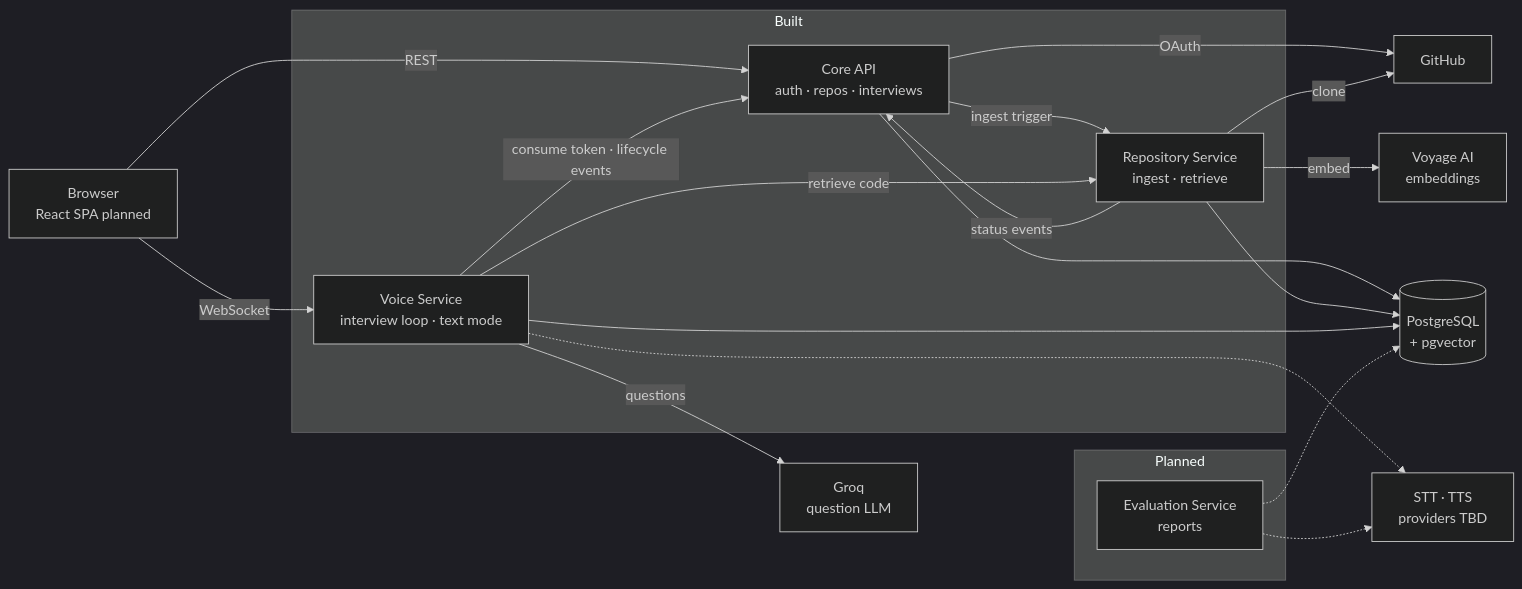
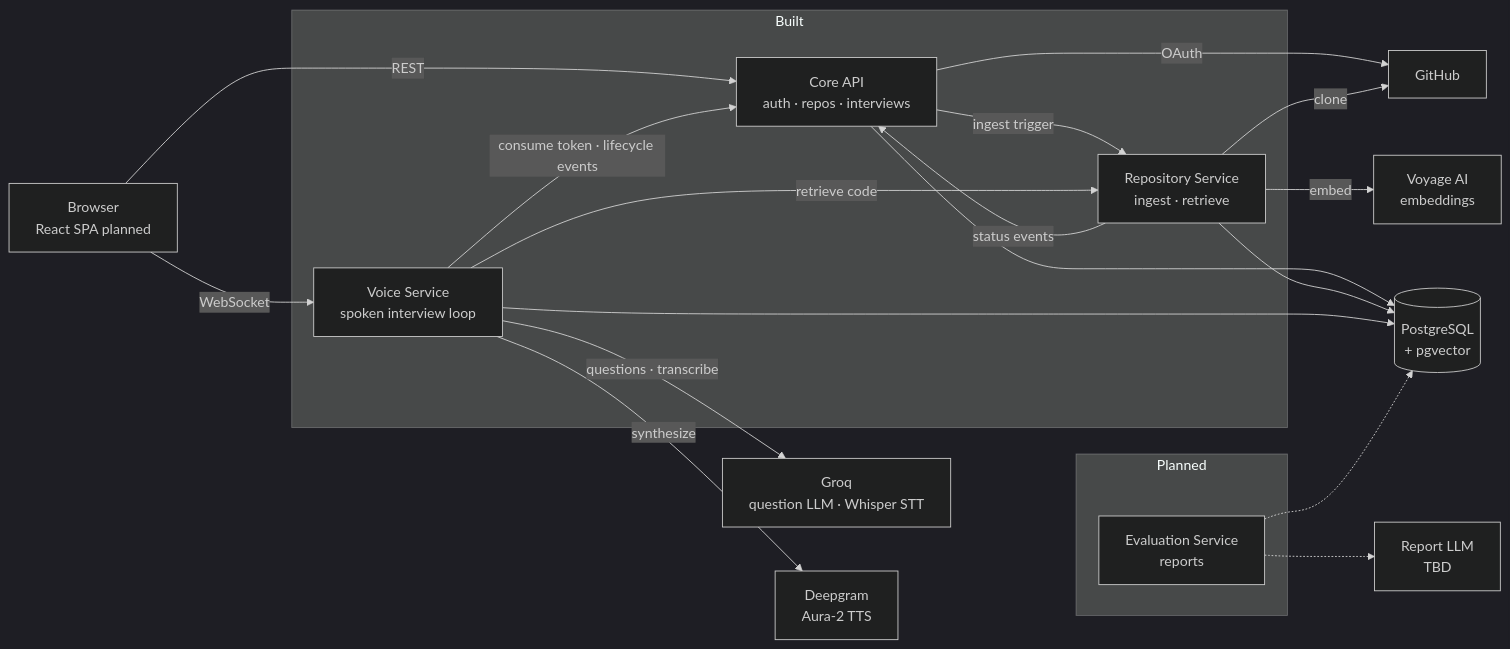
Before and after one commit to missLaiba22/RepoViva: the diagram in README.md, drawn with Mermaid (dark theme). The commit also changed other lines of this file and 3 other files, not shown here.

Commit message:
docs: document voice service audio slice

````diff
--- a/README.md
+++ b/README.md
@@ -13,37 +13,38 @@
 ```mermaid
 flowchart LR
     FE[Browser<br/>React SPA planned]
 
     subgraph Built
         CORE[Core API<br/>auth · repos · interviews]
         REPO[Repository Service<br/>ingest · retrieve]
-        VOICE[Voice Service<br/>interview loop · text mode]
+        VOICE[Voice Service<br/>spoken interview loop]
     end
 
     subgraph Planned
         EVAL[Evaluation Service<br/>reports]
     end
 
     DB[(PostgreSQL<br/>+ pgvector)]
     GH[GitHub]
     VOY[Voyage AI<br/>embeddings]
-    LLM[Groq<br/>question LLM]
-    AI[STT · TTS<br/>providers TBD]
+    LLM[Groq<br/>question LLM · Whisper STT]
+    TTS[Deepgram<br/>Aura-2 TTS]
+    AI[Report LLM<br/>TBD]
 
     FE -- REST --> CORE
     FE -- WebSocket --> VOICE
     CORE -- OAuth --> GH
     CORE -- ingest trigger --> REPO
     REPO -- status events --> CORE
     REPO -- clone --> GH
     REPO -- embed --> VOY
     VOICE -- consume token · lifecycle events --> CORE
     VOICE -- retrieve code --> REPO
-    VOICE -- questions --> LLM
-    VOICE -.-> AI
+    VOICE -- questions · transcribe --> LLM
+    VOICE -- synthesize --> TTS
     EVAL -.-> AI
     CORE --> DB
     REPO --> DB
     VOICE --> DB
     EVAL -.-> DB
 ```
````
